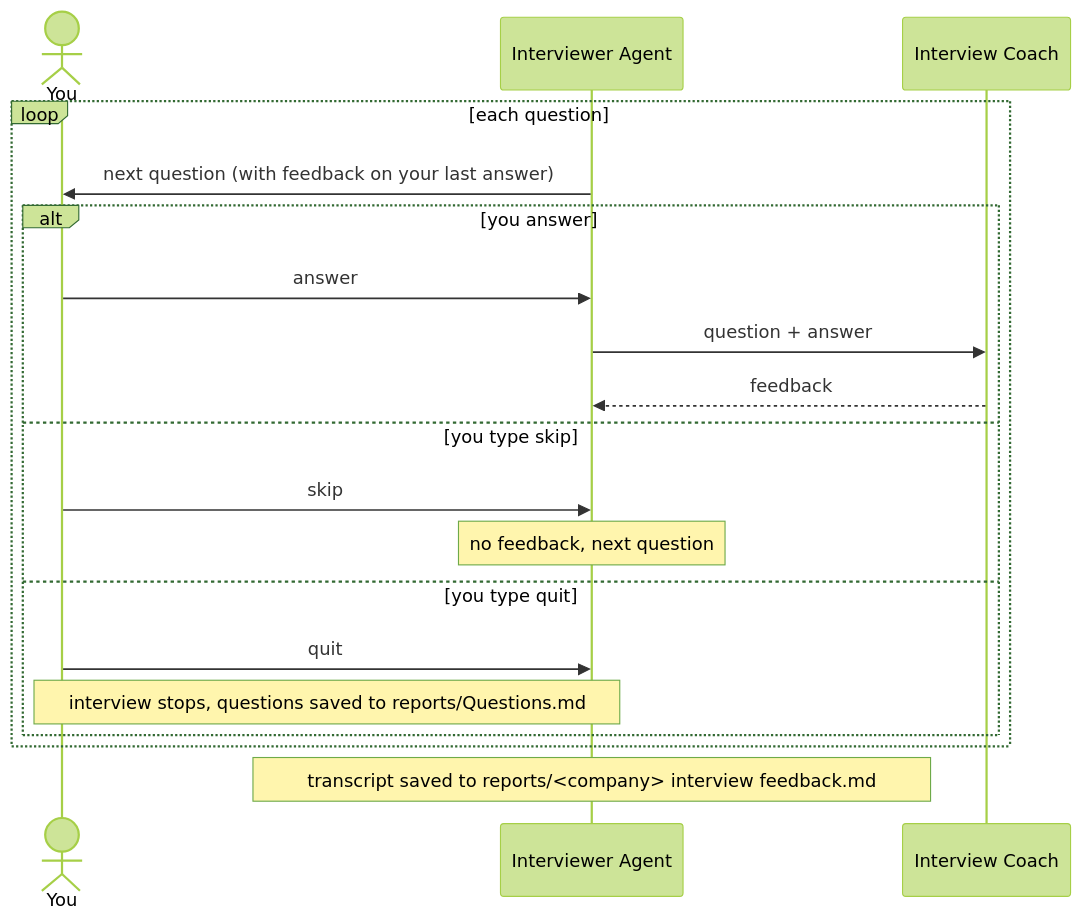
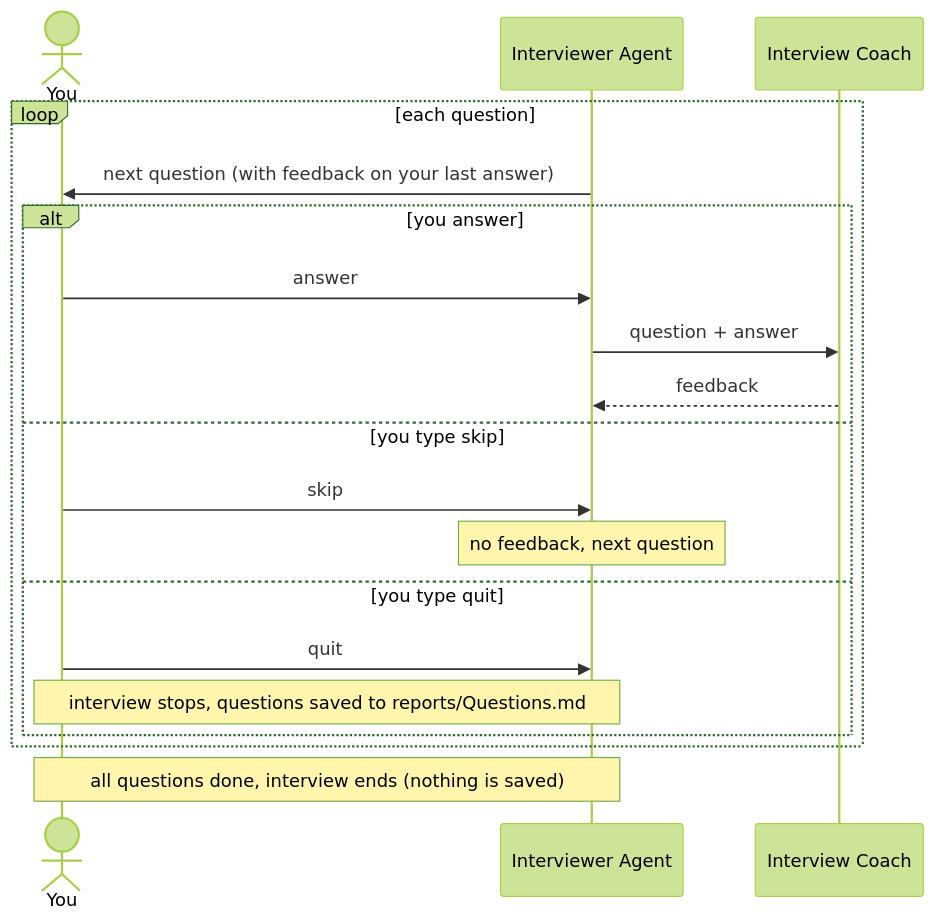
The second of 2 diagrams in README.md (Wach-E/interview-prepper), drawn with Mermaid (forest theme) before and after one commit. The commit also changed other lines of this file and 1 other file, not shown here.

````diff
--- a/README.md
+++ b/README.md
@@ -42,22 +41,22 @@
 ```mermaid
 sequenceDiagram
     actor You
     participant I as Interviewer Agent
     participant C as Interview Coach
 
     loop each question
         I->>You: next question (with feedback on your last answer)
         alt you answer
             You->>I: answer
             I->>C: question + answer
             C-->>I: feedback
         else you type skip
             You->>I: skip
             Note over I: no feedback, next question
         else you type quit
             You->>I: quit
             Note over You,I: interview stops, questions saved to reports/Questions.md
         end
     end
-    Note over I: transcript saved to reports/#lt;company#gt; interview feedback.md
+    Note over You,I: all questions done, interview ends (nothing is saved)
 ```
````
